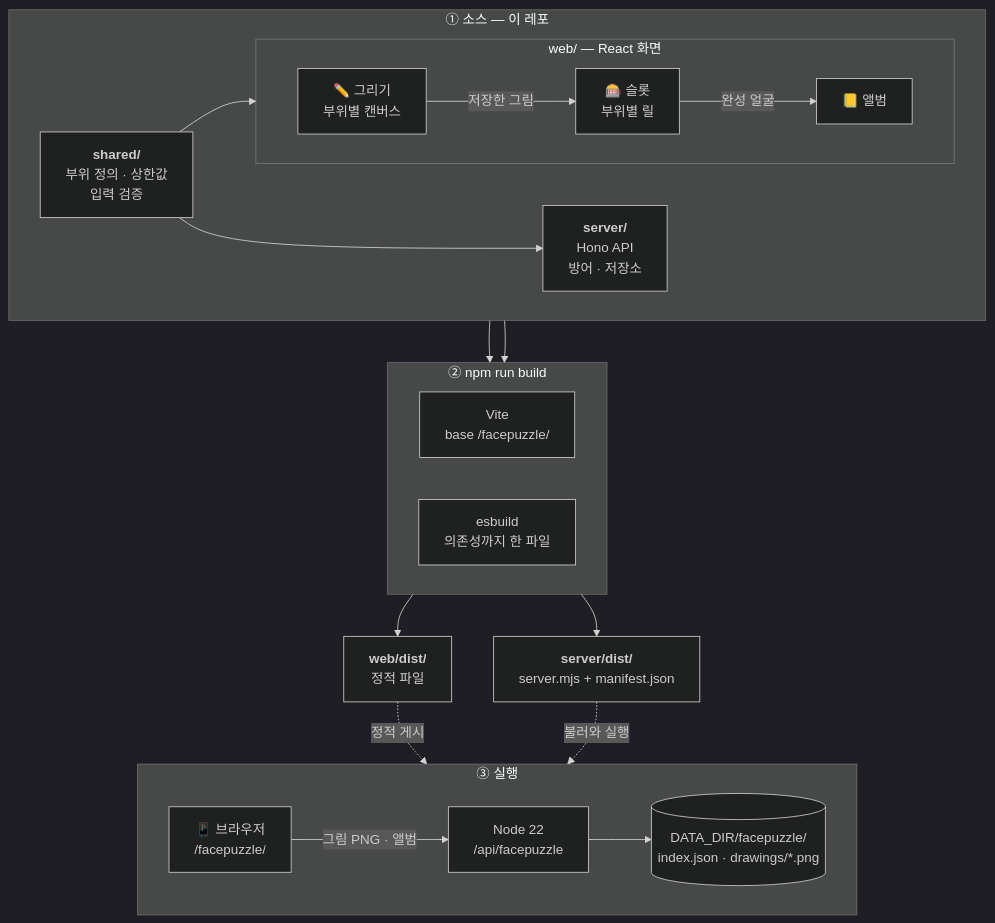
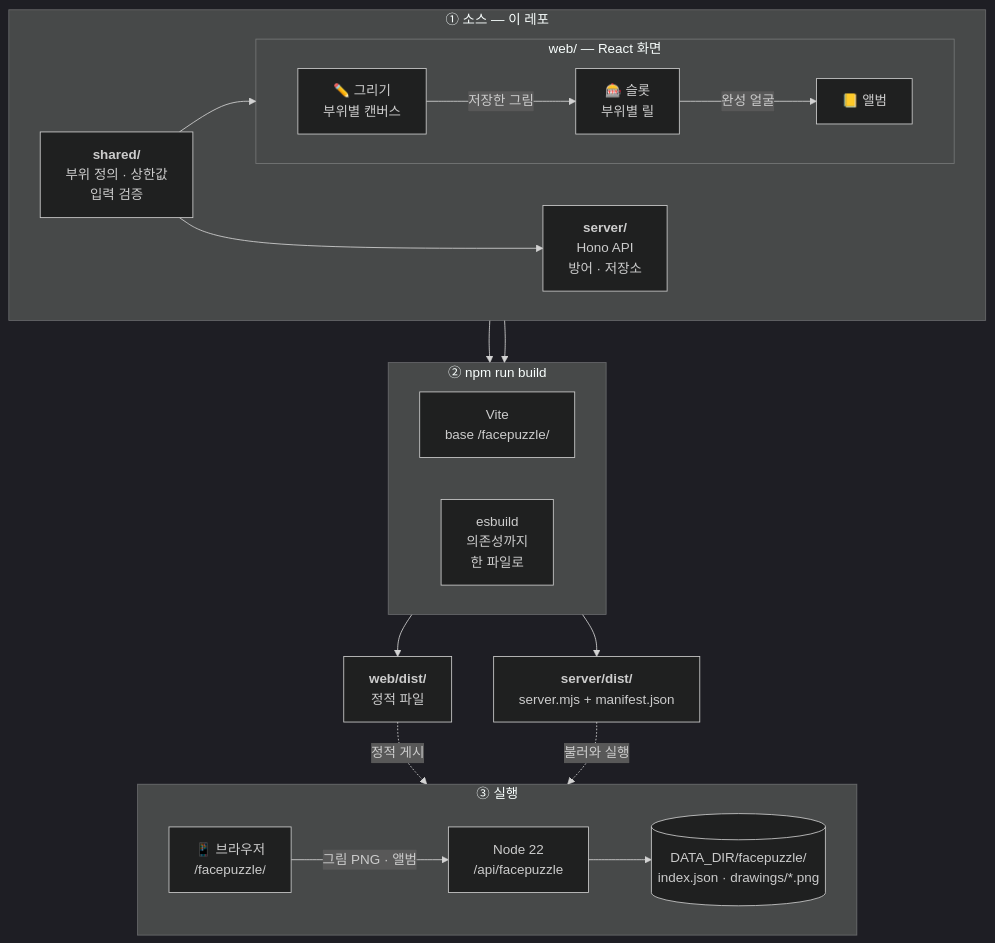
One commit to AnglerLee/FacePuzzle changed the diagram in README.md. Above: the diagram before and after it, drawn with Mermaid (dark theme).

Commit message:
docs: README 구조 그림 줄바꿈
Claude-Session: https://claude.ai/code/session_01GG1CY2wN98mu3pGpEf78gG

````diff
--- a/README.md
+++ b/README.md
@@ -43,33 +43,33 @@
 ```mermaid
 flowchart TB
   subgraph SRC["① 소스 — 이 레포"]
     direction LR
     shared["<b>shared/</b><br/>부위 정의 · 상한값<br/>입력 검증"]
     subgraph WEB["web/ — React 화면"]
       direction LR
       draw["✏️ 그리기<br/>부위별 캔버스"] -- "저장한 그림" --> slot["🎰 슬롯<br/>부위별 릴"]
       slot -- "완성 얼굴" --> album["📒 앨범"]
     end
     server["<b>server/</b><br/>Hono API<br/>방어 · 저장소"]
   end
   shared --> WEB
   shared --> server
 
   subgraph BUILD["② npm run build"]
     direction LR
     vite["Vite<br/>base /facepuzzle/"]
-    esb["esbuild<br/>의존성까지 한 파일"]
+    esb["esbuild<br/>의존성까지<br/>한 파일로"]
   end
   WEB --> vite --> wdist["<b>web/dist/</b><br/>정적 파일"]
   server --> esb --> sdist["<b>server/dist/</b><br/>server.mjs + manifest.json"]
 
   subgraph RUN["③ 실행"]
     direction LR
     browser["📱 브라우저<br/>/facepuzzle/"]
     api["Node 22<br/>/api/facepuzzle"]
     data[("DATA_DIR/facepuzzle/<br/>index.json · drawings/*.png")]
     browser -- "그림 PNG · 앨범" --> api --> data
   end
   wdist -. "정적 게시" .-> browser
   sdist -. "불러와 실행" .-> api
 ```
````
